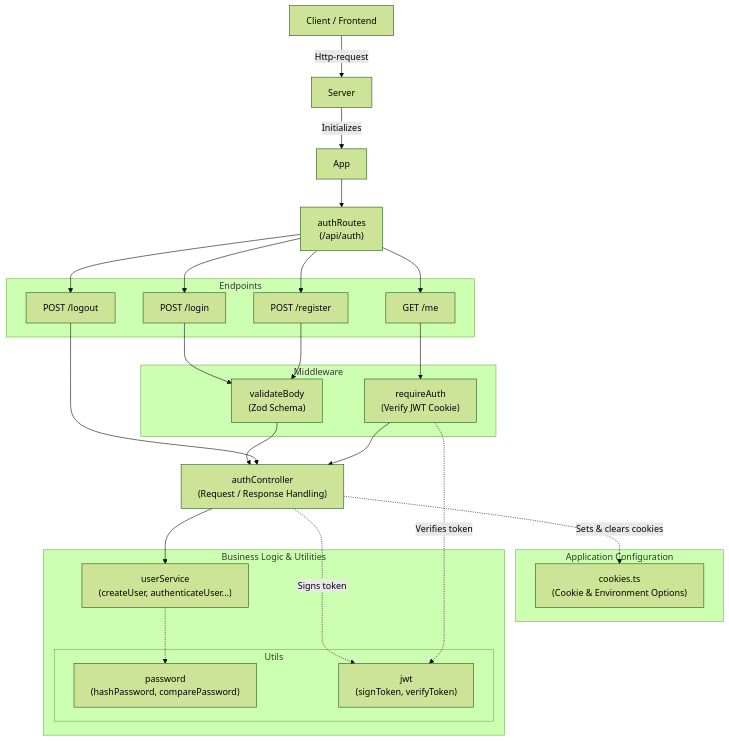
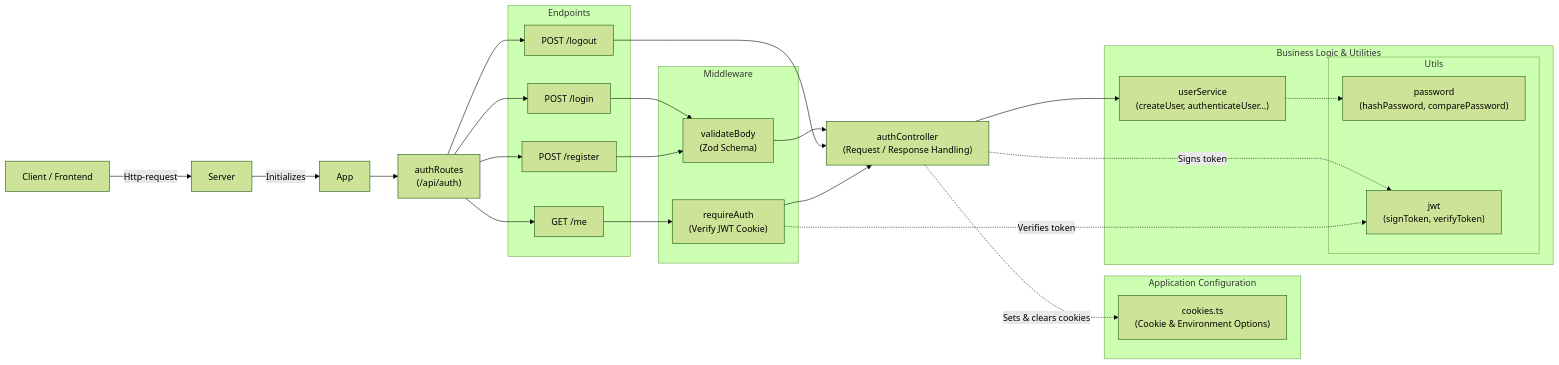
The diagram in README.md (jannikwk/login-token-authentication), drawn with Mermaid (forest theme) before and after one commit.

Commit message:
docs: change flow direction in component diagram

````diff
--- a/README.md
+++ b/README.md
@@ -15,61 +15,61 @@
 ```mermaid
 %%{init: {'flowchart': {'wrappingWidth': 600}}}%%
-graph TD
+graph LR
     Client["Client / Frontend"]
     Server
     App
 
     Client -->|Http-request| Server
     Server -->|Initializes| App
 
     Routes["authRoutes <br> (/api/auth)"]
 
     App --> Routes
 
     subgraph Endpoints
         Login["POST /login"]
         Register["POST /register"]
         Logout["POST /logout"]
         Me["GET /me"]
     end
 
     Routes --> Login
     Routes --> Register
     Routes --> Logout
     Routes --> Me
 
     subgraph Middleware
         ValidateBody["validateBody <br> (Zod Schema)"]
         RequireAuth["requireAuth <br> (Verify JWT Cookie)"]
     end
 
     Login --> ValidateBody
     Register --> ValidateBody
     Me --> RequireAuth
 
     AuthController["authController <br> (Request / Response Handling)"]
 
     ValidateBody --> AuthController
     Logout --> AuthController
     RequireAuth --> AuthController
 
     subgraph Configurations ["Application Configuration"]
         Cookies["cookies.ts <br> (Cookie & Environment Options)"]
     end
 
     AuthController -.->|Sets & clears cookies| Cookies
 
     subgraph Business_Logic["Business Logic & Utilities"]
         UserService["userService <br> (createUser, authenticateUser...)"]
 
         subgraph Utils
             Password["password <br> (hashPassword, comparePassword)"]
             JWT["jwt <br> (signToken, verifyToken)"]
         end
     end
 
     AuthController --> UserService
     UserService -.-> Password
     AuthController -.->|Signs token| JWT
     RequireAuth -.->|Verifies token| JWT
 ```
````
